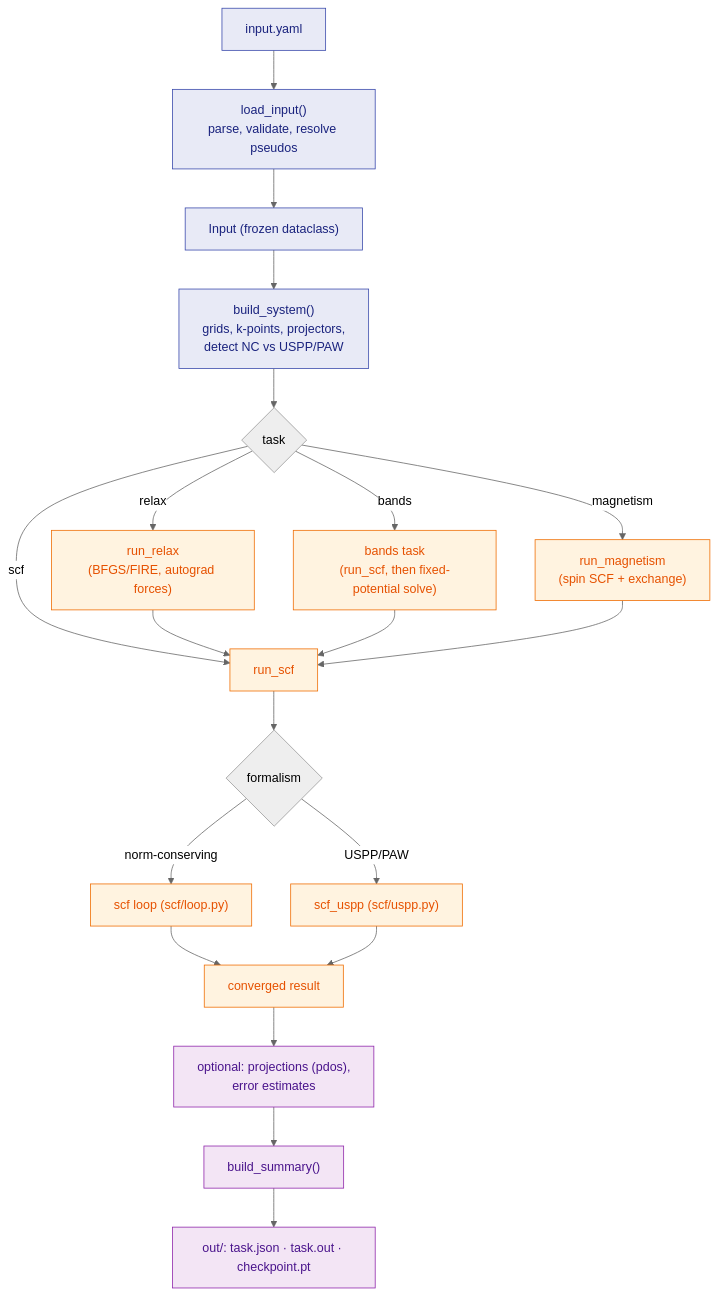
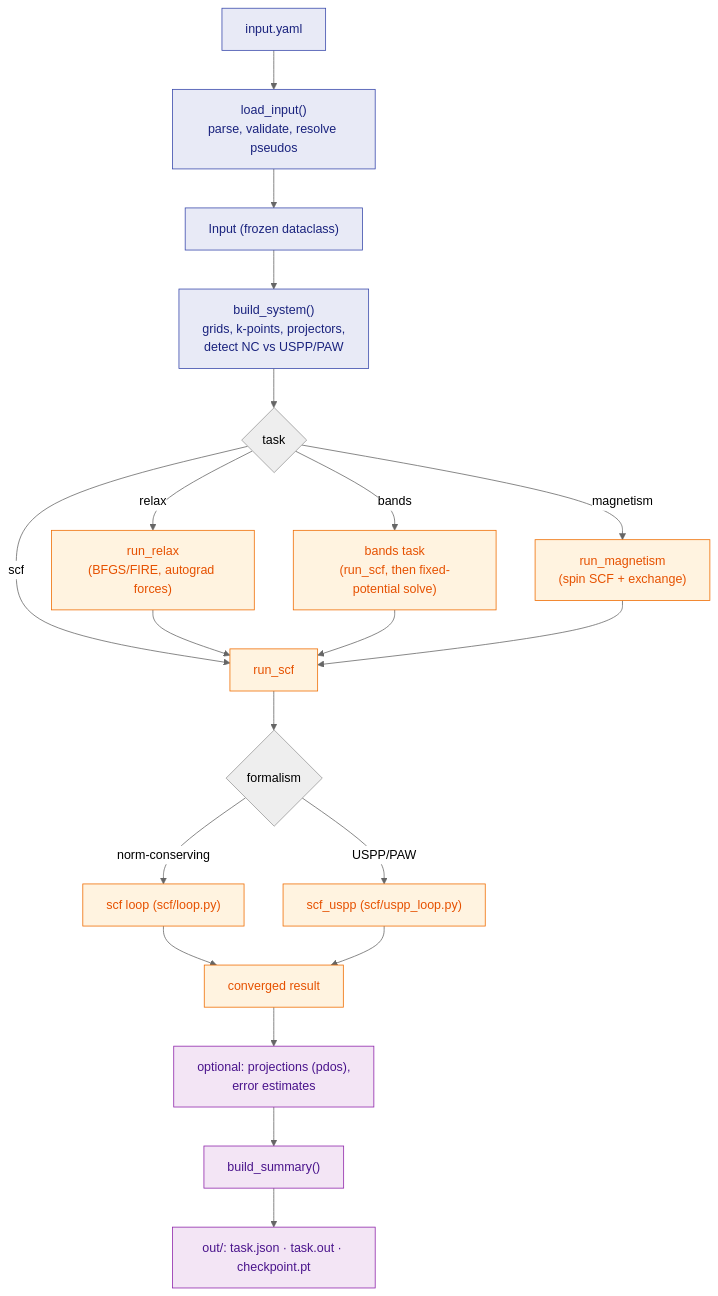
Before and after one commit to wladerer/gradwave: the third of 4 diagrams in docs/manual/architecture.md, drawn with Mermaid (neutral theme). The commit also changed other lines of this file and 2 other files, not shown here.

````diff
--- a/docs/manual/architecture.md
+++ b/docs/manual/architecture.md
@@ -150,33 +167,33 @@
 ```mermaid
 flowchart TB
     yaml["input.yaml"] --> load["load_input()<br/>parse, validate, resolve pseudos"]
     load --> inp["Input (frozen dataclass)"]
     inp --> build["build_system()<br/>grids, k-points, projectors,<br/>detect NC vs USPP/PAW"]
     build --> task{"task"}
 
     task -->|scf| scf["run_scf"]
     task -->|relax| relax["run_relax<br/>(BFGS/FIRE, autograd forces)"]
     task -->|bands| bands["bands task<br/>(run_scf, then fixed-potential solve)"]
     task -->|magnetism| mag["run_magnetism<br/>(spin SCF + exchange)"]
 
     relax --> scf
     bands --> scf
     mag --> scf
 
     scf --> fork{"formalism"}
     fork -->|norm-conserving| ncscf["scf loop (scf/loop.py)"]
-    fork -->|USPP/PAW| uscf["scf_uspp (scf/uspp.py)"]
+    fork -->|USPP/PAW| uscf["scf_uspp (scf/uspp_loop.py)"]
 
     ncscf --> res["converged result"]
     uscf --> res
     res --> extras["optional: projections (pdos),<br/>error estimates"]
     extras --> summary["build_summary()"]
     summary --> out["out/: task.json · task.out · checkpoint.pt"]
 
     classDef entry fill:#e8eaf6,stroke:#3949ab,color:#1a237e;
     classDef driver fill:#fff3e0,stroke:#ef6c00,color:#e65100;
     classDef output fill:#f3e5f5,stroke:#8e24aa,color:#4a148c;
     class yaml,load,inp,build entry;
     class scf,relax,bands,mag,ncscf,uscf,res driver;
     class summary,out,extras output;
 ```
````
